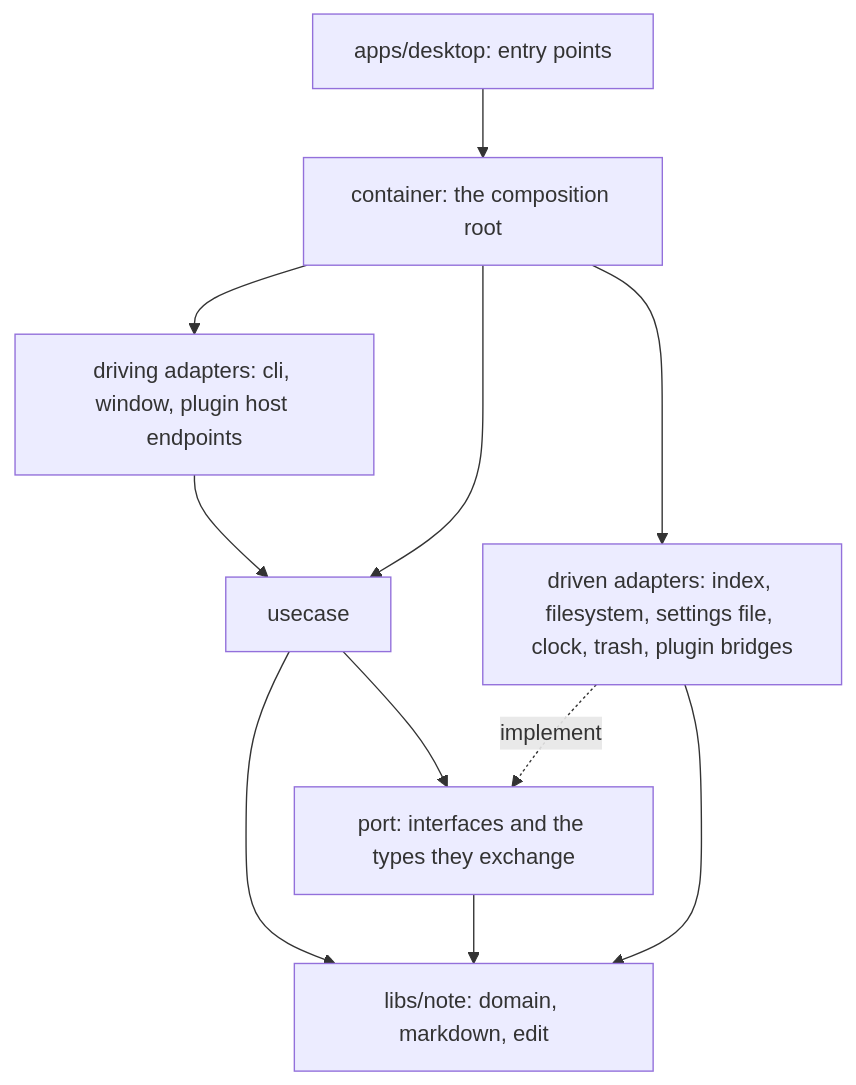
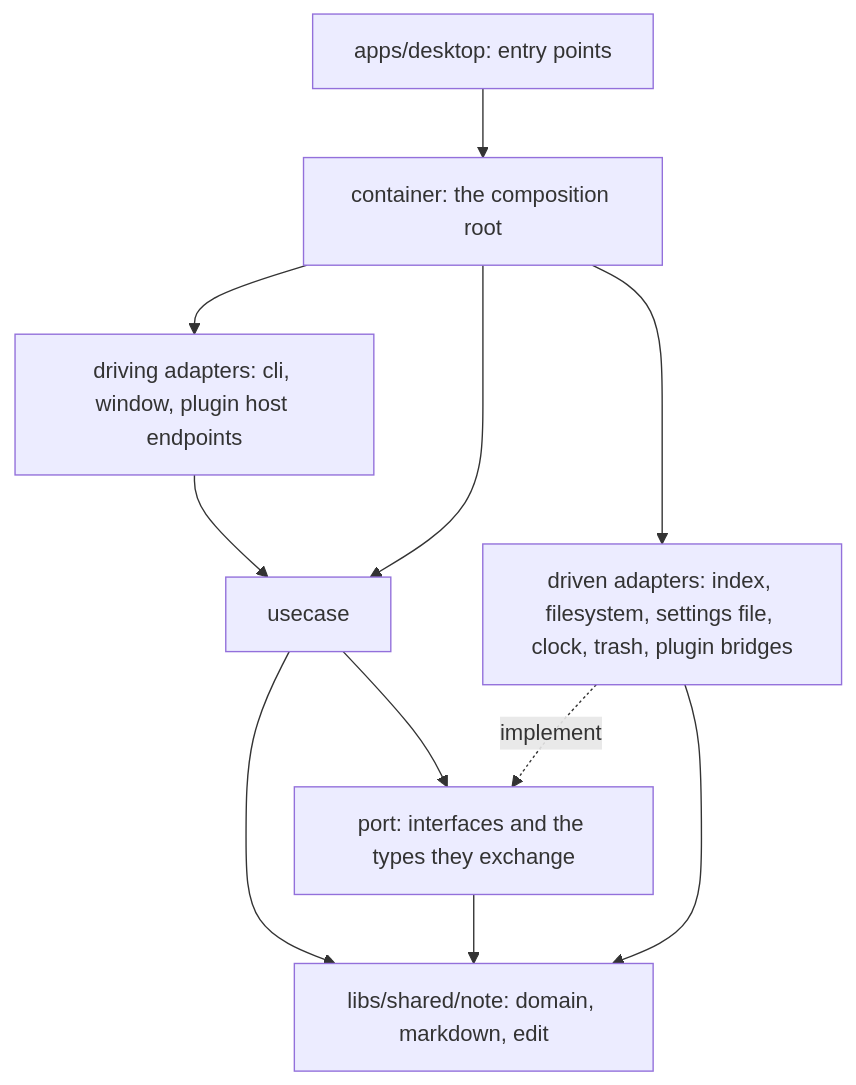
The diagram in .agents/skills/nm-place-core/SKILL.md (jiva-studio/numen), drawn with Mermaid before and after one commit. The commit also changed other lines of this file and 944 other files, not shown here.

Commit message:
refactor(shared): move note under libs/shared

````diff
--- a/.agents/skills/nm-place-core/SKILL.md
+++ b/.agents/skills/nm-place-core/SKILL.md
@@ -18,13 +18,13 @@
 ```mermaid
 graph TD
     Driving["driving adapters: cli, window, plugin host endpoints"] --> UseCase["usecase"]
     UseCase --> Port["port: interfaces and the types they exchange"]
-    UseCase --> Domain["libs/note: domain, markdown, edit"]
+    UseCase --> Domain["libs/shared/note: domain, markdown, edit"]
     Port --> Domain
     Driven["driven adapters: index, filesystem, settings file, clock, trash, plugin bridges"] -. "implement" .-> Port
     Driven --> Domain
     Root["container: the composition root"] --> Driving
     Root --> UseCase
     Root --> Driven
     App["apps/desktop: entry points"] --> Root
 ```
````
